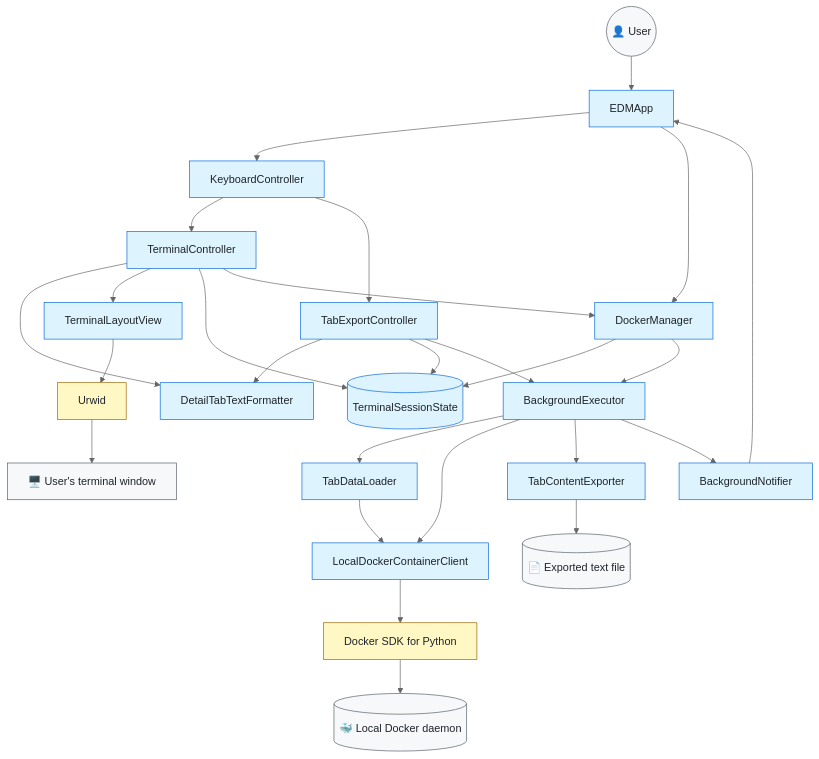
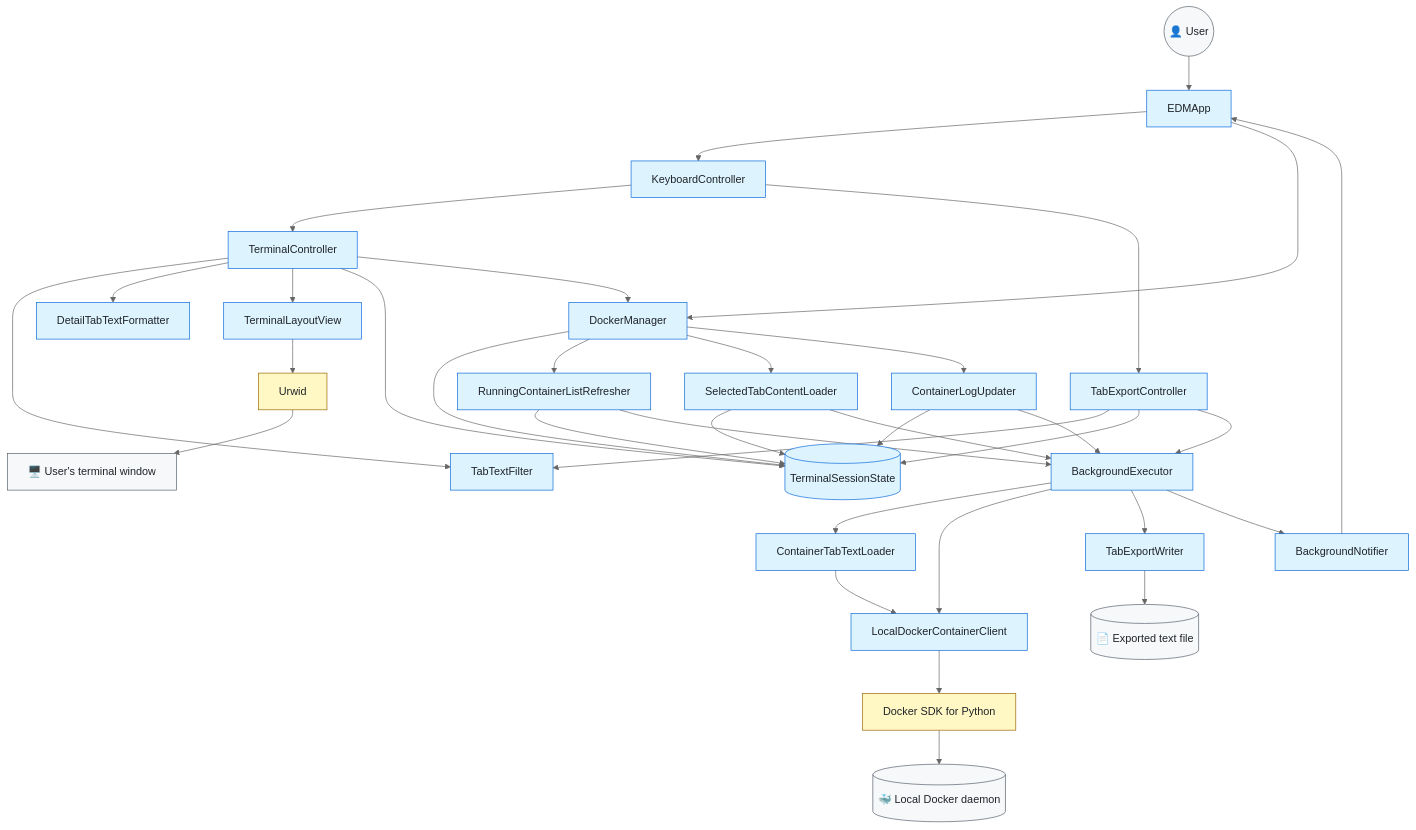
The first of 5 diagrams in DEVELOPMENT_GUIDE.md (arabnejad/edm), drawn with Mermaid (neutral theme) before and after one commit. The commit also changed other lines of this file and 68 other files, not shown here.

First line of the commit message:
Simplify application architecture v2 (#47)

````diff
--- a/DEVELOPMENT_GUIDE.md
+++ b/DEVELOPMENT_GUIDE.md
@@ -81,52 +88,65 @@
 ```mermaid
 flowchart TD
     User(("👤 User"))
     App[EDMApp]
     Keyboard[KeyboardController]
     UI[TerminalController]
     ExportController[TabExportController]
     State[(TerminalSessionState)]
     DockerManager[DockerManager]
+    ContainerRefresh[RunningContainerListRefresher]
+    TabLoad[SelectedTabContentLoader]
+    LogUpdates[ContainerLogUpdater]
     Executor[BackgroundExecutor]
     Notifier[BackgroundNotifier]
-    Loader[TabDataLoader]
+    Loader[ContainerTabTextLoader]
     Client[LocalDockerContainerClient]
     DockerSDK[Docker SDK for Python]
     Docker[(🐳 Local Docker daemon)]
+    Filter[TabTextFilter]
     Formatter[DetailTabTextFormatter]
-    Exporter[TabContentExporter]
+    Exporter[TabExportWriter]
     File[(📄 Exported text file)]
     View[TerminalLayoutView]
     Urwid[Urwid]
     Terminal[🖥️ User's terminal window]
 
     User --> App --> Keyboard
     Keyboard --> UI
     Keyboard --> ExportController
 
+    UI --> Filter
     UI --> Formatter
     UI --> View --> Urwid --> Terminal
     UI --> State
-    ExportController --> Formatter
+    ExportController --> Filter
     ExportController --> State
     ExportController --> Executor
 
     App --> DockerManager
     UI --> DockerManager
     DockerManager --> State
-    DockerManager --> Executor
+    DockerManager --> ContainerRefresh
+    DockerManager --> TabLoad
+    DockerManager --> LogUpdates
+    ContainerRefresh --> State
+    ContainerRefresh --> Executor
+    TabLoad --> State
+    TabLoad --> Executor
+    LogUpdates --> State
+    LogUpdates --> Executor
     Executor --> Loader --> Client
     Executor --> Client
     Executor --> Exporter --> File
     Client --> DockerSDK --> Docker
 
     Executor --> Notifier --> App
 
     classDef edm fill:#ddf4ff,stroke:#0969da,color:#1f2328
     classDef thirdParty fill:#fff8c5,stroke:#9a6700,color:#1f2328
     classDef external fill:#f6f8fa,stroke:#57606a,color:#1f2328
 
-    class App,Keyboard,UI,ExportController,State,DockerManager,Executor,Notifier,Loader,Client,Formatter,Exporter,View edm
+    class App,Keyboard,UI,ExportController,State,DockerManager,ContainerRefresh,TabLoad,LogUpdates,Executor,Notifier,Loader,Client,Filter,Formatter,Exporter,View edm
     class DockerSDK,Urwid thirdParty
     class User,Docker,Terminal,File external
 ```
````
